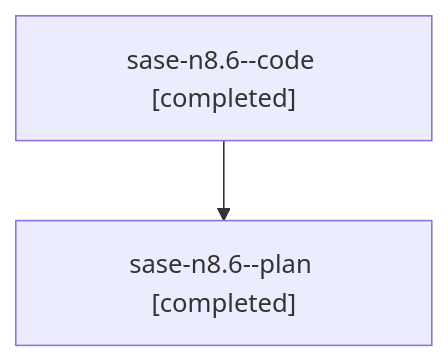
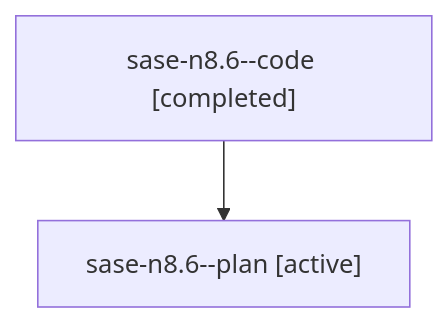
The diagram in families/bbugyi200.athena.sase-n8.6.md (sase-org/sase--agents), drawn with Mermaid before and after one commit. The commit also changed other lines of this file and 35830 other files, not shown here.

````diff
--- a/families/bbugyi200.athena.sase-n8.6.md
+++ b/families/bbugyi200.athena.sase-n8.6.md
@@ -9,6 +9,6 @@
 ```mermaid
 flowchart TD
   n0["sase-n8.6--code [completed]"]
-  n1["sase-n8.6--plan [completed]"]
+  n1["sase-n8.6--plan [active]"]
   n0 --> n1
 ```
````
